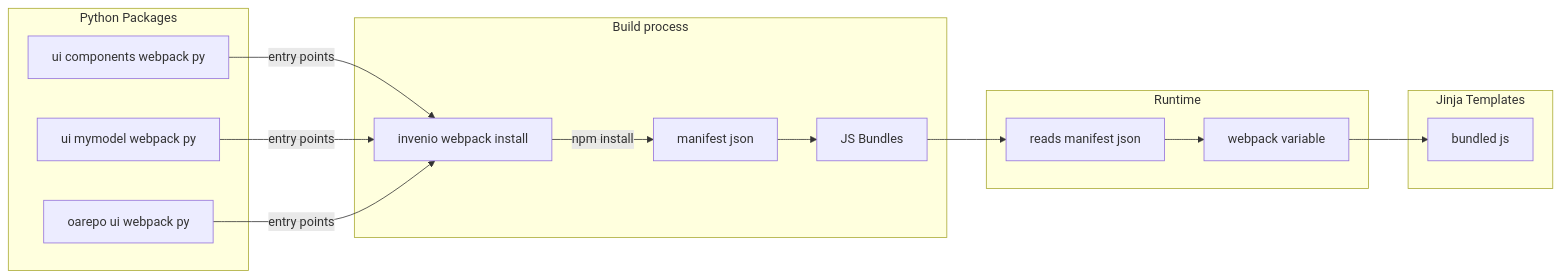
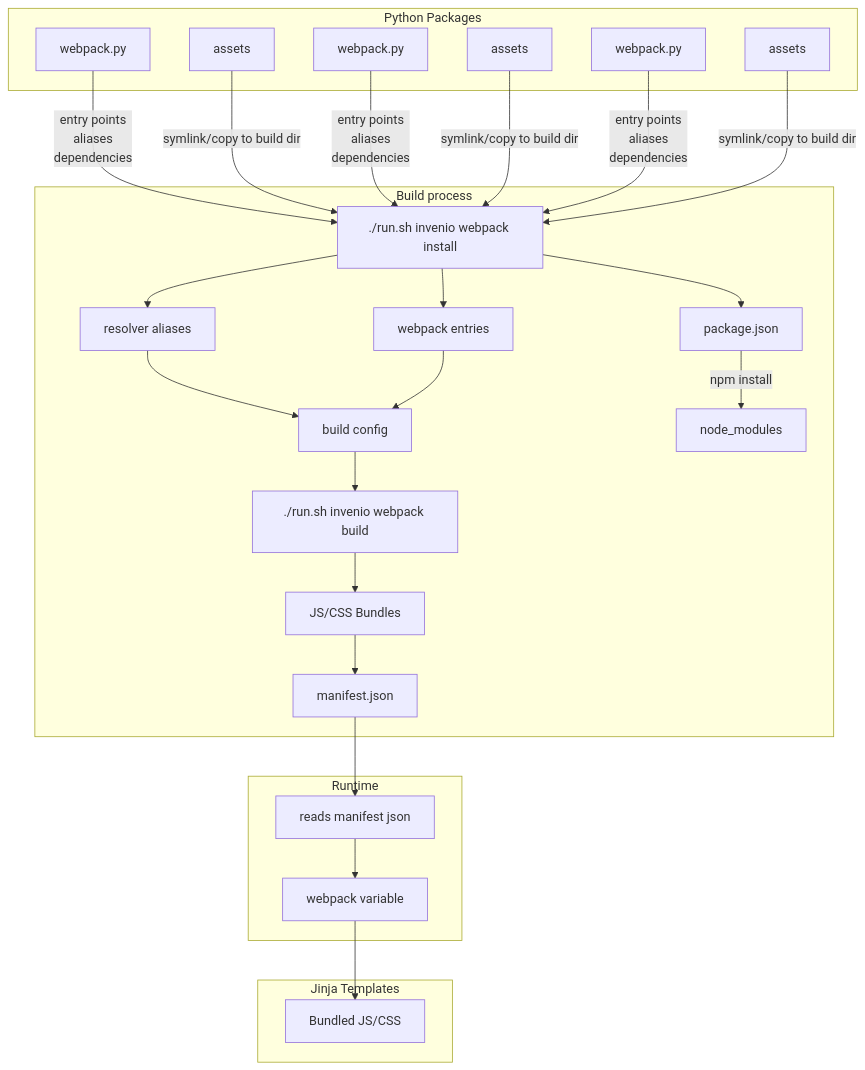
Before and after one commit to NRP-CZ/docs: the diagram in content/customize/repository_ui/webpack.mdx, drawn with Mermaid. The commit also changed other lines of this file and 24 other files, not shown here.

````diff
--- a/content/customize/repository_ui/webpack.mdx
+++ b/content/customize/repository_ui/webpack.mdx
@@ -37,32 +40,51 @@
 ```mermaid
-flowchart LR
+flowchart TD
     subgraph Packages["Python Packages"]
-        C1["ui components webpack py"]
-        C2["ui mymodel webpack py"]
-        C3["oarepo ui webpack py"]
+        C1["webpack.py"]
+        A1["assets"]
+        C2["webpack.py"]
+        A2["assets"]
+        C3["webpack.py"]
+        A3["assets"]
     end
 
     subgraph Build["Build process"]
-        WP["invenio webpack install"]
-        MANIFEST["manifest json"]
-        JS["JS Bundles"]
+        WP["./run.sh invenio webpack install"]
+        MANIFEST["manifest.json"]
+        BUILD["build config"]
+        ALIAS["resolver aliases"]
+        ENTRY["webpack entries"]
+        NM["node_modules"]
+        PKG["package.json"]
+        JS["JS/CSS Bundles"]
+        WB["./run.sh invenio webpack build"]
     end
 
     subgraph Runtime["Runtime"]
         RW["reads manifest json"]
         WEBPACK["webpack variable"]
     end
 
     subgraph Template["Jinja Templates"]
-        BUNDLE["bundled js"]
+        BUNDLE["Bundled JS/CSS"]
     end
 
-    C1 -->|"entry points"| WP
-    C2 -->|"entry points"| WP
-    C3 -->|"entry points"| WP
-    WP -->|npm install| MANIFEST
-    MANIFEST --> JS
-    JS --> RW
+    C1 -->|"entry points\naliases\ndependencies"| WP
+    A1 -->|"symlink/copy to build dir"| WP
+    C2 -->|"entry points\naliases\ndependencies"| WP
+    A2 -->|"symlink/copy to build dir"| WP
+    C3 -->|"entry points\naliases\ndependencies"| WP
+    A3 -->|"symlink/copy to build dir"| WP
+    WB --> JS
+    BUILD --> WB
+    JS --> MANIFEST
+    WP --> ALIAS
+    WP --> ENTRY
+    WP --> PKG
+    PKG -->|"npm install"| NM
+    ALIAS --> BUILD
+    ENTRY --> BUILD
+    MANIFEST --> RW
     RW --> WEBPACK
     WEBPACK --> BUNDLE
 ```
````
